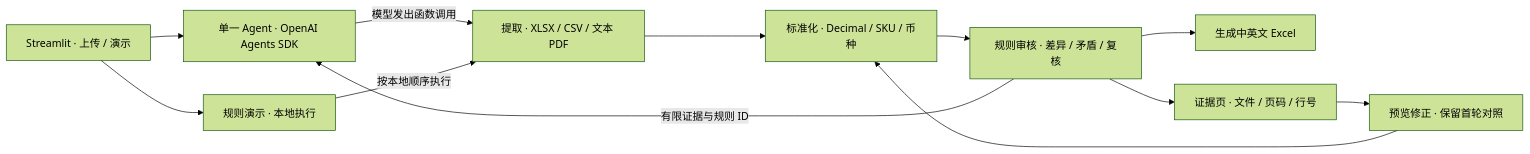
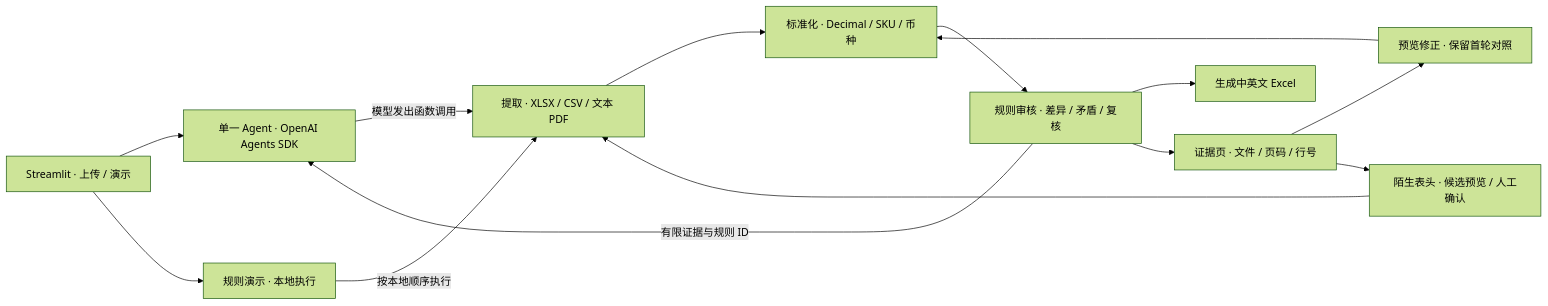
The diagram in README.md (Roneey-ZY/zmt), drawn with Mermaid (forest theme) before and after one commit. The commit also changed other lines of this file and 70 other files, not shown here.

````diff
--- a/README.md
+++ b/README.md
@@ -31,20 +41,22 @@
 ```mermaid
 flowchart LR
     UI["Streamlit · 上传 / 演示"]
     AI["单一 Agent · OpenAI Agents SDK"]
     Local["规则演示 · 本地执行"]
     Extract["提取 · XLSX / CSV / 文本 PDF"]
     Normalize["标准化 · Decimal / SKU / 币种"]
     Audit["规则审核 · 差异 / 矛盾 / 复核"]
     Export["生成中英文 Excel"]
     Evidence["证据页 · 文件 / 页码 / 行号"]
     Edit["预览修正 · 保留首轮对照"]
     UI --> AI
     UI --> Local
     AI -->|"模型发出函数调用"| Extract
     Local -->|"按本地顺序执行"| Extract
     Extract --> Normalize --> Audit --> Export
     Audit --> Evidence
     Audit -->|"有限证据与规则 ID"| AI
     Evidence --> Edit --> Normalize
+    Evidence --> Columns["陌生表头 · 候选预览 / 人工确认"]
+    Columns --> Extract
 ```
````
